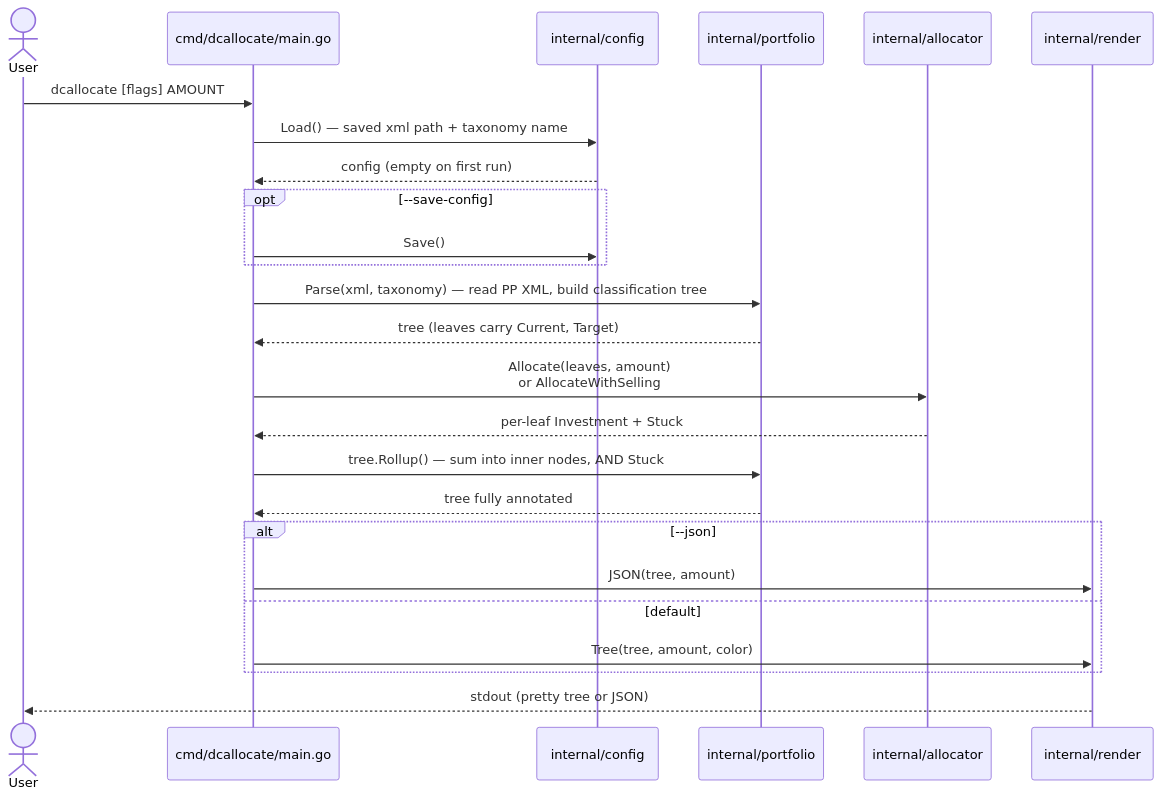
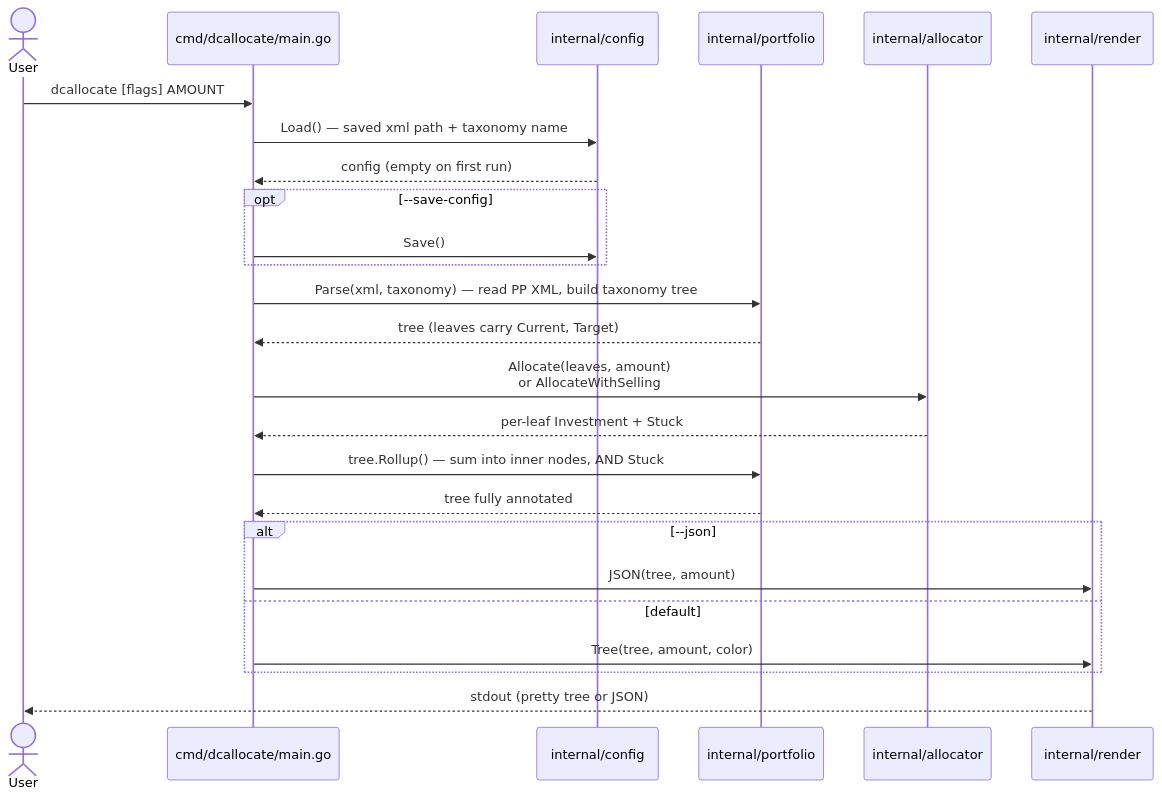
Before and after one commit to Konilo/dcallocate: the diagram in README.md, drawn with Mermaid. The commit also changed other lines of this file, not shown here.

````diff
--- a/README.md
+++ b/README.md
@@ -152,28 +152,28 @@
 ```mermaid
 sequenceDiagram
     actor User
     participant main as cmd/dcallocate/main.go
     participant config as internal/config
     participant portfolio as internal/portfolio
     participant allocator as internal/allocator
     participant render as internal/render
 
     User->>main: dcallocate [flags] AMOUNT
     main->>config: Load() — saved xml path + taxonomy name
     config-->>main: config (empty on first run)
     opt --save-config
         main->>config: Save()
     end
-    main->>portfolio: Parse(xml, taxonomy) — read PP XML, build classification tree
+    main->>portfolio: Parse(xml, taxonomy) — read PP XML, build taxonomy tree
     portfolio-->>main: tree (leaves carry Current, Target)
     main->>allocator: Allocate(leaves, amount)<br/>or AllocateWithSelling
     allocator-->>main: per-leaf Investment + Stuck
     main->>portfolio: tree.Rollup() — sum into inner nodes, AND Stuck
     portfolio-->>main: tree fully annotated
     alt --json
         main->>render: JSON(tree, amount)
     else default
         main->>render: Tree(tree, amount, color)
     end
     render-->>User: stdout (pretty tree or JSON)
 ```
````
